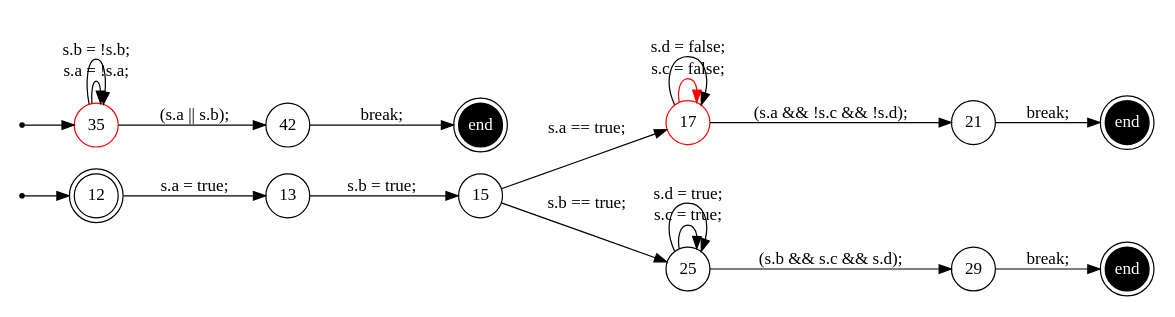
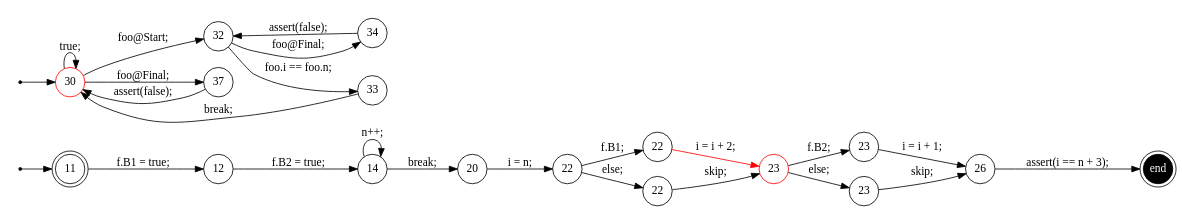
Before and after one commit to samilazregsuidi/Daedalux: the diagram in trace/13.dot, drawn with Graphviz. The commit also changed 63 other files, not shown here.

```diff
--- a/trace/13.dot
+++ b/trace/13.dot
@@ -1,37 +1,48 @@
 digraph finite_state_machine {
 	rankdir=LR
 	size="8,5"
-	94437505318000 [label = 12, shape = doublecircle, fixedsize = true]; 
-	s94437505318000 [shape = point];
-	94437505313568 [label = 35, shape = doublecircle, color = red, fixedsize = true]; 
-	s94437505313568 [shape = point];
-	e94437505311632 [shape = doublecircle, fixedsize = true, style = filled, fillcolor = black, fontcolor = white,  label = end];
-	e94437505313776 [shape = doublecircle, fixedsize = true, style = filled, fillcolor = black, fontcolor = white,  label = end];
-	e94437505315632 [shape = doublecircle, fixedsize = true, style = filled, fillcolor = black, fontcolor = white,  label = end];
-	 94437505318080 [label = 13, shape = circle, fixedsize = true ];
-	 94437505309632 [label = 15, shape = circle, fixedsize = true ];
-	 94437505310224 [label = 17, shape = circle, color = red, fixedsize = true ];
-	 94437505311632 [label = 21, shape = circle, fixedsize = true ];
-	 94437505312144 [label = 25, shape = circle, fixedsize = true ];
-	 94437505313776 [label = 29, shape = circle, fixedsize = true ];
-	 94437505313568 [label = 35, shape = circle, color = red, fixedsize = true ];
-	 94437505315632 [label = 42, shape = circle, fixedsize = true ];
-	s94437505318000 -> 94437505318000;
-	s94437505313568 -> 94437505313568;
-	94437505318000 -> 94437505318080 [ label = "s.a = true; "];
-	94437505318080 -> 94437505309632 [ label = "s.b = true; "];
-	94437505309632 -> 94437505310224 [ label = "s.a == true; "];
-	94437505310224 -> 94437505310224 [color = red, label = "s.c = false; "];
-	94437505310224 -> 94437505310224 [ label = "s.d = false; "];
-	94437505310224 -> 94437505311632 [ label = "(s.a && !s.c && !s.d); "];
-	94437505311632 -> e94437505311632 [ label = "break; "];
-	94437505309632 -> 94437505312144 [ label = "s.b == true; "];
-	94437505312144 -> 94437505312144 [ label = "s.c = true; "];
-	94437505312144 -> 94437505312144 [ label = "s.d = true; "];
-	94437505312144 -> 94437505313776 [ label = "(s.b && s.c && s.d); "];
-	94437505313776 -> e94437505313776 [ label = "break; "];
-	94437505313568 -> 94437505313568 [ label = "s.a = !s.a; "];
-	94437505313568 -> 94437505313568 [ label = "s.b = !s.b; "];
-	94437505313568 -> 94437505315632 [ label = "(s.a || s.b); "];
-	94437505315632 -> e94437505315632 [ label = "break; "];
+	93824993311008 [label = 11, shape = doublecircle, fixedsize = true]; 
+	s93824993311008 [shape = point];
+	93824993307216 [label = 30, shape = doublecircle, color = red, fixedsize = true]; 
+	s93824993307216 [shape = point];
+	e93824993306544 [shape = doublecircle, fixedsize = true, style = filled, fillcolor = black, fontcolor = white,  label = end];
+	 93824993312480 [label = 12, shape = circle, fixedsize = true ];
+	 93824993302560 [label = 14, shape = circle, fixedsize = true ];
+	 93824993303360 [label = 20, shape = circle, fixedsize = true ];
+	 93824993303680 [label = 22, shape = circle, fixedsize = true ];
+	 93824993304480 [label = 22, shape = circle, fixedsize = true ];
+	 93824993305200 [label = 22, shape = circle, fixedsize = true ];
+	 93824993304992 [label = 23, shape = circle, color = red, fixedsize = true ];
+	 93824993306032 [label = 23, shape = circle, fixedsize = true ];
+	 93824993306752 [label = 23, shape = circle, fixedsize = true ];
+	 93824993306544 [label = 26, shape = circle, fixedsize = true ];
+	 93824993307216 [label = 30, shape = circle, color = red, fixedsize = true ];
+	 93824993307984 [label = 32, shape = circle, fixedsize = true ];
+	 93824993308816 [label = 33, shape = circle, fixedsize = true ];
+	 93824993309536 [label = 34, shape = circle, fixedsize = true ];
+	 93824993310048 [label = 37, shape = circle, fixedsize = true ];
+	s93824993311008 -> 93824993311008;
+	s93824993307216 -> 93824993307216;
+	93824993311008 -> 93824993312480 [ label = "f.B1 = true; "];
+	93824993312480 -> 93824993302560 [ label = "f.B2 = true; "];
+	93824993302560 -> 93824993303360 [ label = "break; "];
+	93824993302560 -> 93824993302560 [ label = "n++; "];
+	93824993303360 -> 93824993303680 [ label = "i = n; "];
+	93824993303680 -> 93824993304480 [ label = "f.B1; "];
+	93824993304480 -> 93824993304992 [color = red, label = "i = i + 2; "];
+	93824993303680 -> 93824993305200 [ label = "else; "];
+	93824993305200 -> 93824993304992 [ label = "skip; "];
+	93824993304992 -> 93824993306032 [ label = "f.B2; "];
+	93824993306032 -> 93824993306544 [ label = "i = i + 1; "];
+	93824993304992 -> 93824993306752 [ label = "else; "];
+	93824993306752 -> 93824993306544 [ label = "skip; "];
+	93824993306544 -> e93824993306544 [ label = "assert(i == n + 3); "];
+	93824993307216 -> 93824993307984 [ label = "foo@Start; "];
+	93824993307984 -> 93824993308816 [ label = "foo.i == foo.n; "];
+	93824993308816 -> 93824993307216 [ label = "break; "];
+	93824993307984 -> 93824993309536 [ label = "foo@Final; "];
+	93824993309536 -> 93824993307984 [ label = "assert(false); "];
+	93824993307216 -> 93824993310048 [ label = "foo@Final; "];
+	93824993310048 -> 93824993307216 [ label = "assert(false); "];
+	93824993307216 -> 93824993307216 [ label = "true; "];
 }
```
